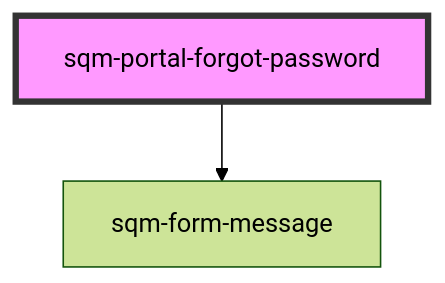
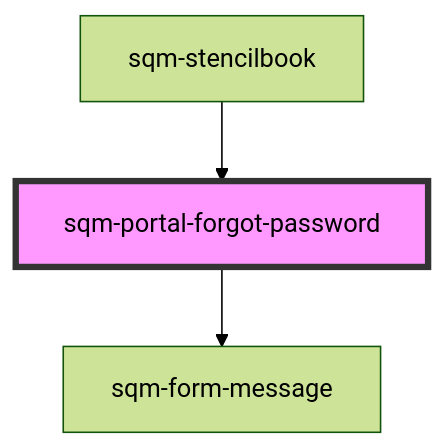
One commit to saasquatch/program-tools changed the diagram in packages/mint-components/src/components/sqm-portal-forgot-password/readme.md. Above: the diagram before and after it, drawn with Mermaid (forest theme). The commit also changed other lines of this file and 1 other file, not shown here.

````diff
--- a/packages/mint-components/src/components/sqm-portal-forgot-password/readme.md
+++ b/packages/mint-components/src/components/sqm-portal-forgot-password/readme.md
@@ -33,5 +37,6 @@
 ```mermaid
 graph TD;
   sqm-portal-forgot-password --> sqm-form-message
+  sqm-stencilbook --> sqm-portal-forgot-password
   style sqm-portal-forgot-password fill:#f9f,stroke:#333,stroke-width:4px
 ```
````
